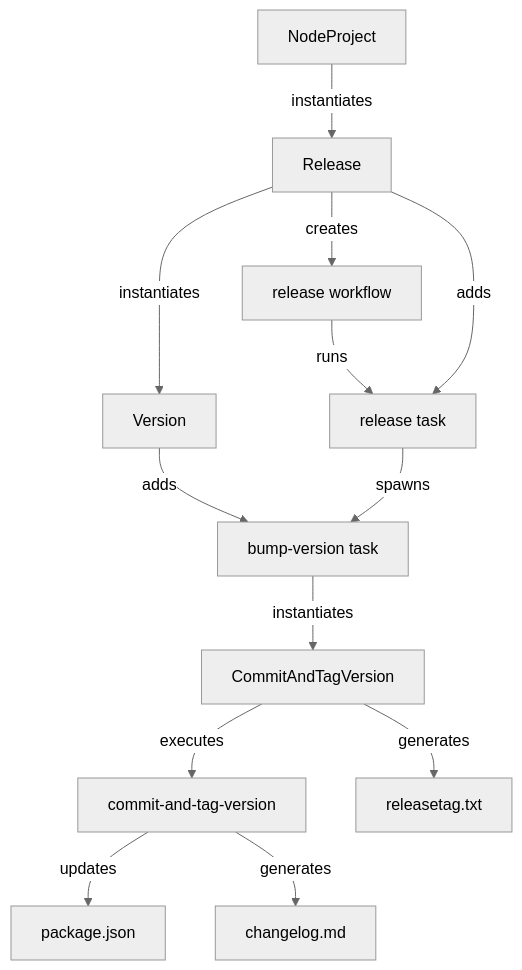
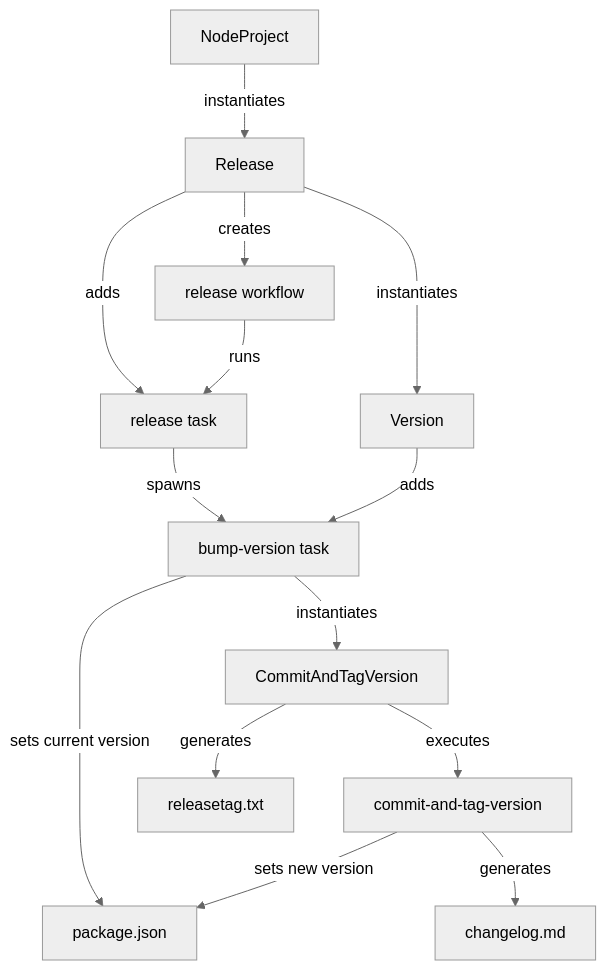
The diagram in rfcs/poetry-release-automation.md (projen/projen), drawn with Mermaid (neutral theme) before and after one commit. The commit also changed other lines of this file, not shown here.

First line of the commit message:
feat(rfcs): refine Poetry RFC architecture and code examples

````diff
--- a/rfcs/poetry-release-automation.md
+++ b/rfcs/poetry-release-automation.md
@@ -62,15 +62,16 @@
 ```mermaid
 flowchart TD
     A[NodeProject] -->|instantiates| B[Release]
     B -->|creates| W[release workflow]
     B -->|instantiates| C[Version]
     C -->|adds| D[bump-version task]
     W -->|runs| E[release task]
     B -->|adds| E
     E -->|spawns| D
     D -->|instantiates| H[CommitAndTagVersion]
     H -->|executes| J[commit-and-tag-version]
-    J -->|updates| K[package.json]
+    J -->|sets new version| K[package.json]
+    D -->|sets current version| K
     J -->|generates| L[changelog.md]
     H -->|generates| M[releasetag.txt]
 ```
````
